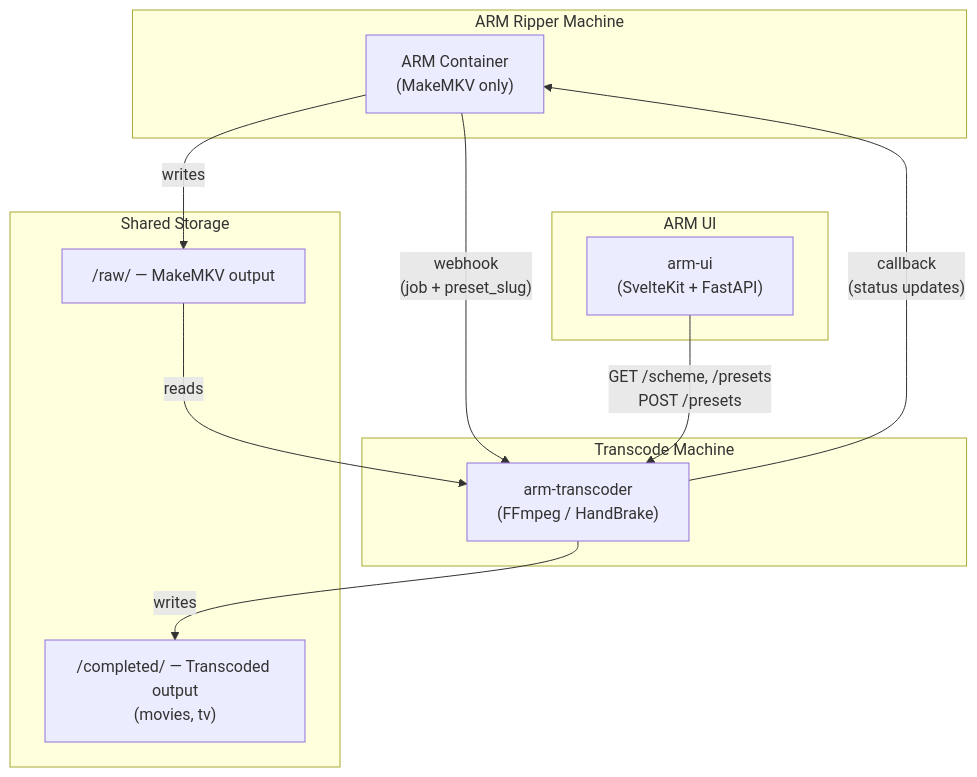
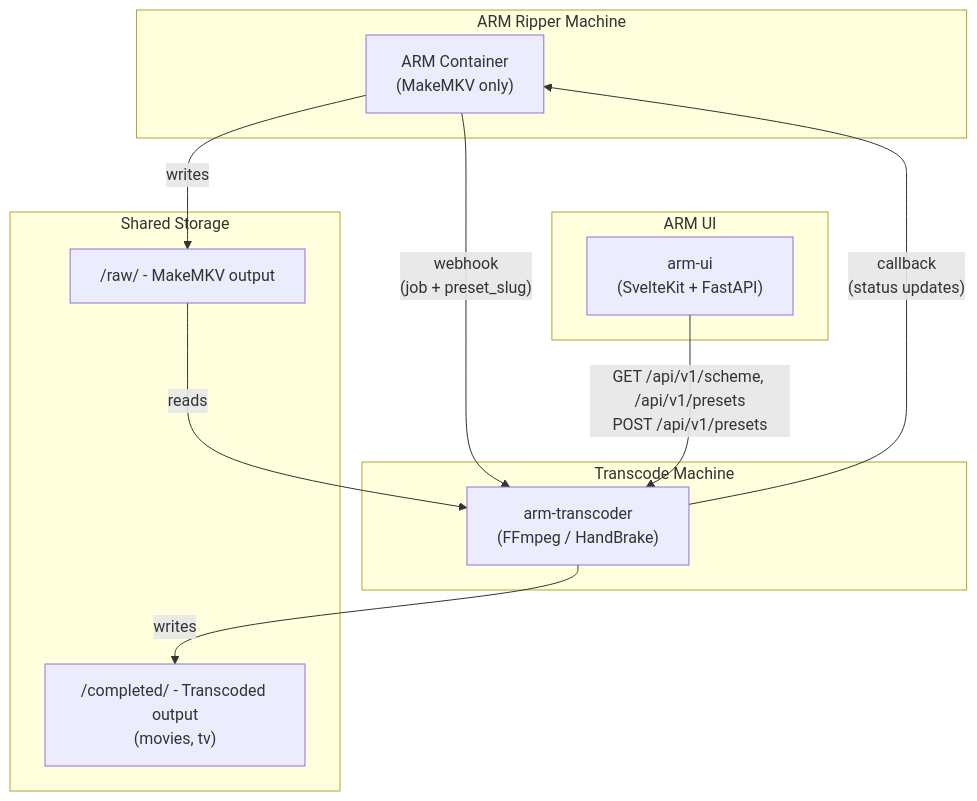
One commit to uprightbass360/automatic-ripping-machine-transcoder changed the diagram in README.md. Above: the diagram before and after it, drawn with Mermaid. The commit also changed other lines of this file and 6 other files, not shown here.

````diff
--- a/README.md
+++ b/README.md
@@ -28,26 +28,26 @@
 ```mermaid
 flowchart TB
     subgraph ripper["ARM Ripper Machine"]
         ARM["ARM Container<br/>(MakeMKV only)"]
     end
 
     subgraph ui["ARM UI"]
         UI["arm-ui<br/>(SvelteKit + FastAPI)"]
     end
 
     subgraph transcoder["Transcode Machine"]
         TC["arm-transcoder<br/>(FFmpeg / HandBrake)"]
     end
 
     subgraph storage["Shared Storage"]
-        RAW["/raw/ — MakeMKV output"]
-        DONE["/completed/ — Transcoded output<br/>(movies, tv)"]
+        RAW["/raw/ - MakeMKV output"]
+        DONE["/completed/ - Transcoded output<br/>(movies, tv)"]
     end
 
     ARM -- "webhook<br/>(job + preset_slug)" --> TC
     TC -- "callback<br/>(status updates)" --> ARM
-    UI -- "GET /scheme, /presets<br/>POST /presets" --> TC
+    UI -- "GET /api/v1/scheme, /api/v1/presets<br/>POST /api/v1/presets" --> TC
     ARM -- "writes" --> RAW
     RAW -- "reads" --> TC
     TC -- "writes" --> DONE
 ```
````
